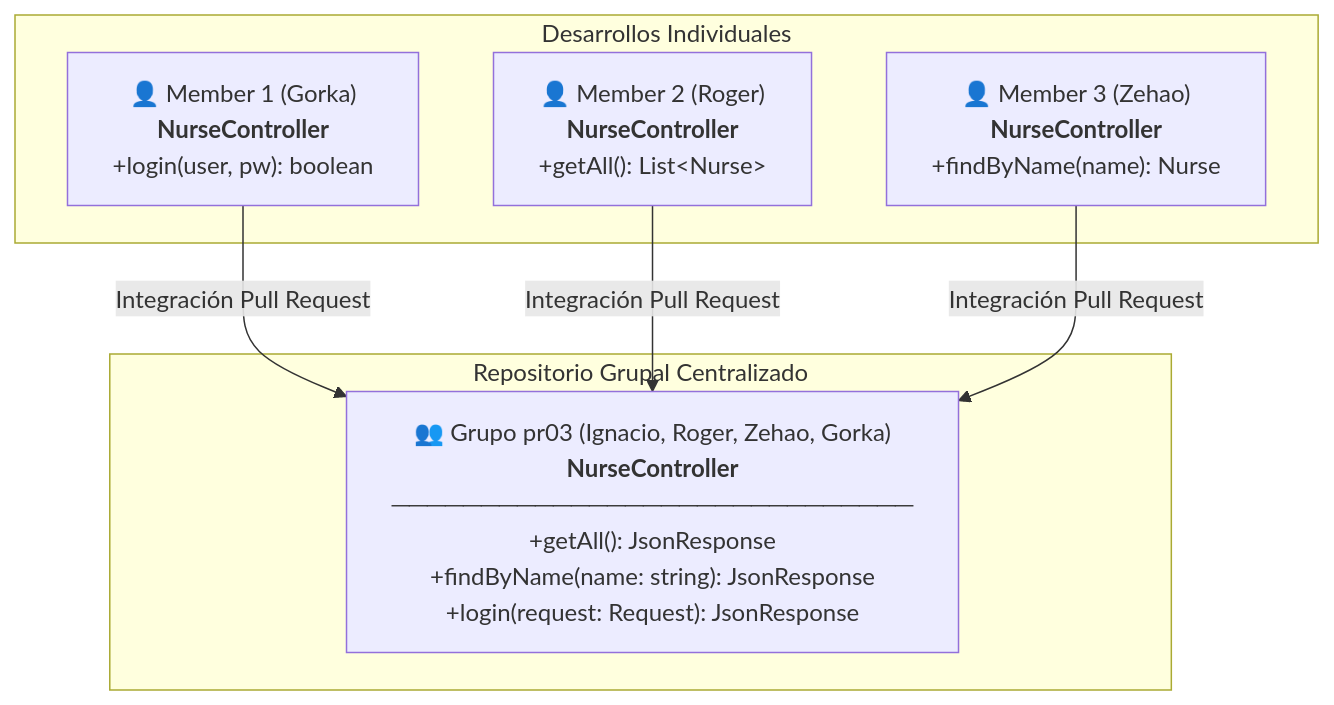
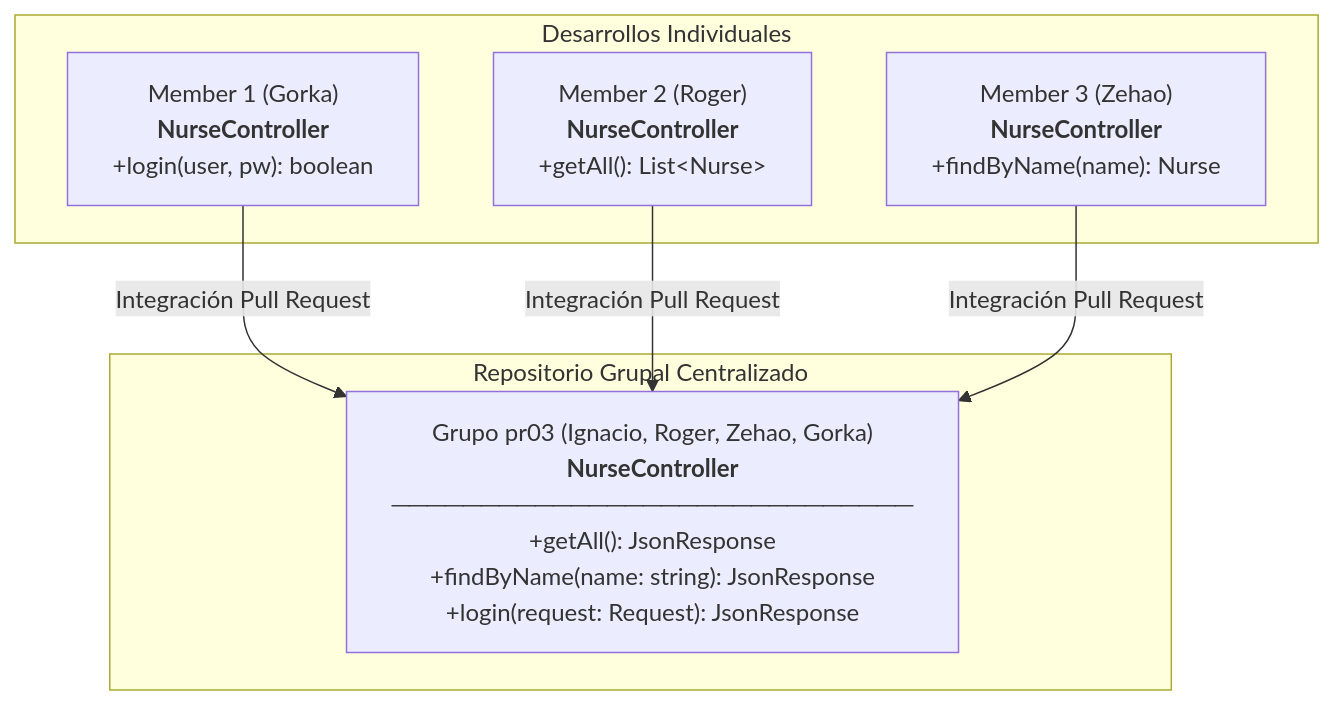
The first of 7 diagrams in data/readmes/Ignaciobrenas__Nurse-Simulator.md (zqf20096327/dbhub_collect), drawn with Mermaid before and after one commit. The commit also changed other lines of this file and 910 other files, not shown here.

````diff
--- a/data/readmes/Ignaciobrenas__Nurse-Simulator.md
+++ b/data/readmes/Ignaciobrenas__Nurse-Simulator.md
@@ -58,16 +63,16 @@
 ```mermaid
 graph TD
     subgraph Desarrollos Individuales
-        M1["👤 Member 1 (Gorka)<br><b>NurseController</b><br>+login(user, pw): boolean"]
-        M2["👤 Member 2 (Roger)<br><b>NurseController</b><br>+getAll(): List&lt;Nurse&gt;"]
-        M3["👤 Member 3 (Zehao)<br><b>NurseController</b><br>+findByName(name): Nurse"]
+        M1["Member 1 (Gorka)<br><b>NurseController</b><br>+login(user, pw): boolean"]
+        M2["Member 2 (Roger)<br><b>NurseController</b><br>+getAll(): List&lt;Nurse&gt;"]
+        M3["Member 3 (Zehao)<br><b>NurseController</b><br>+findByName(name): Nurse"]
     end
 
     subgraph Repositorio Grupal Centralizado
-        GC["👥 Grupo pr03 (Ignacio, Roger, Zehao, Gorka)<br><b>NurseController</b><br>─────────────────────────────<br>+getAll(): JsonResponse<br>+findByName(name: string): JsonResponse<br>+login(request: Request): JsonResponse"]
+        GC["Grupo pr03 (Ignacio, Roger, Zehao, Gorka)<br><b>NurseController</b><br>─────────────────────────────<br>+getAll(): JsonResponse<br>+findByName(name: string): JsonResponse<br>+login(request: Request): JsonResponse"]
     end
 
     M1 -->|Integración Pull Request| GC
     M2 -->|Integración Pull Request| GC
     M3 -->|Integración Pull Request| GC
 ```
````
